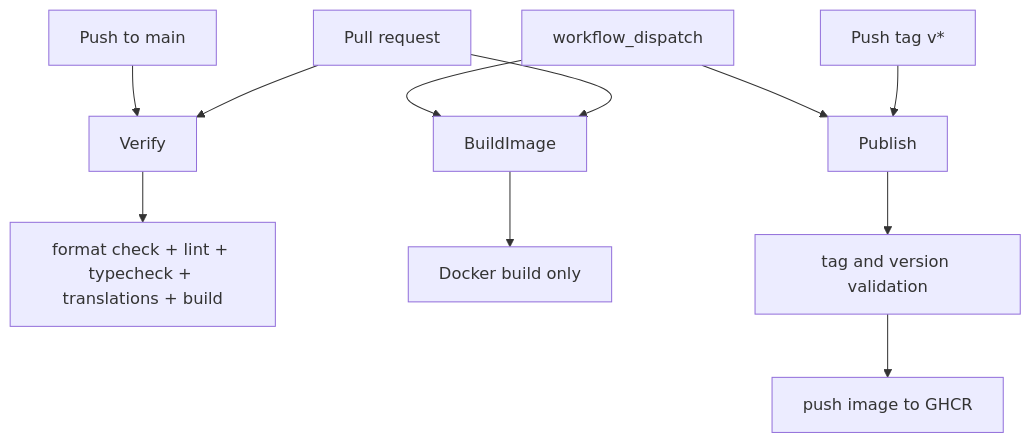
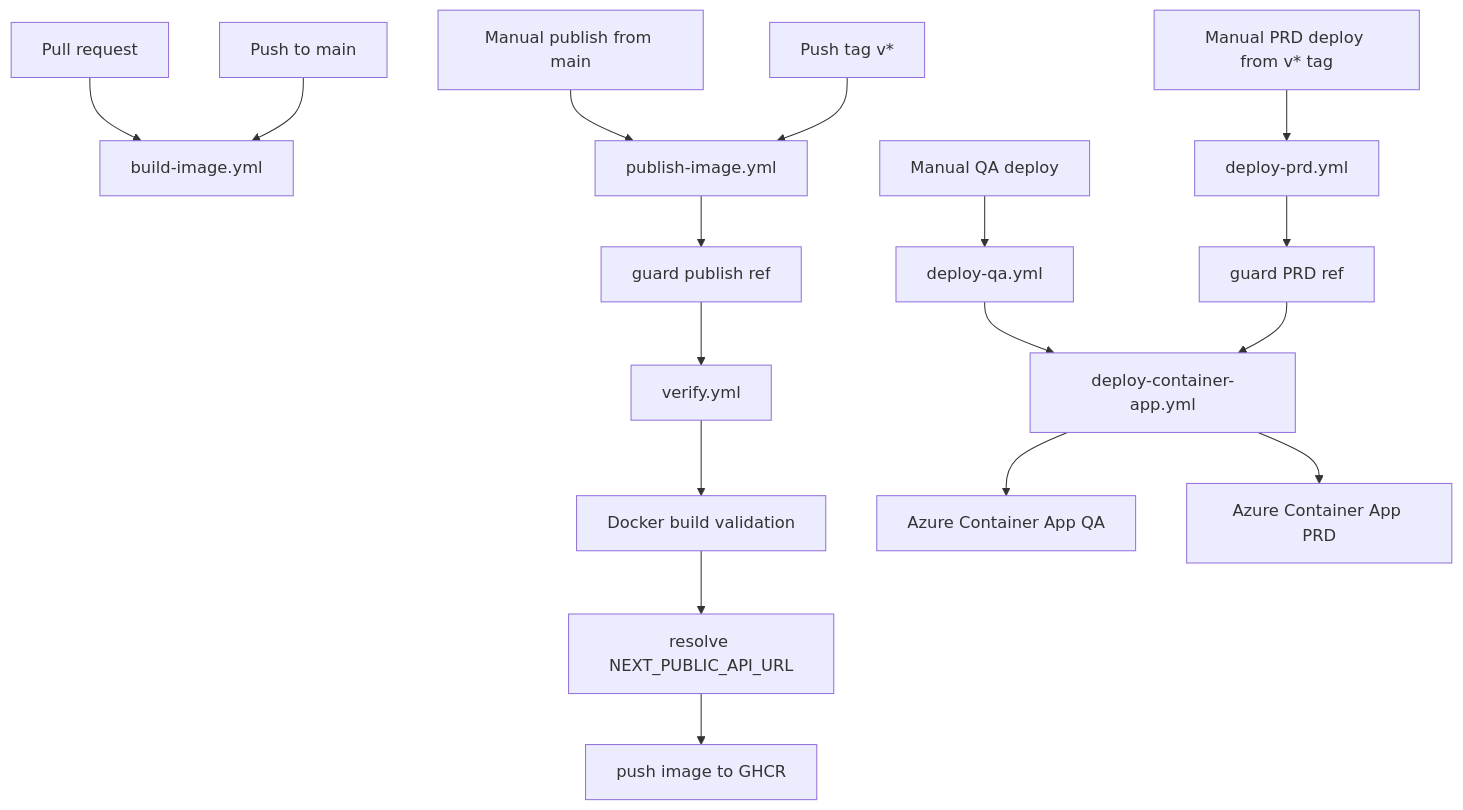
Before and after one commit to Plataforma-Universidade-Gratuita/pug-docs: the first of 3 diagrams in pug-web-admin/CICD.md, drawn with Mermaid. The commit also changed other lines of this file and 2 other files, not shown here.

````diff
--- a/pug-web-admin/CICD.md
+++ b/pug-web-admin/CICD.md
@@ -15,14 +20,22 @@
 ```mermaid
 flowchart TD
-    PR[Pull request] --> Verify
-    PR --> BuildImage
-    Main[Push to main] --> Verify
-    Tag[Push tag v*] --> Publish
-    Manual[workflow_dispatch] --> BuildImage
-    Manual --> Publish
+    PR[Pull request] --> BuildImage[build-image.yml]
+    MainPush[Push to main] --> BuildImage
+    ManualPublish[Manual publish from main] --> Publish[publish-image.yml]
+    TagPush[Push tag v*] --> Publish
 
-    Verify --> Checks[format check + lint + typecheck + translations + build]
-    BuildImage --> DockerBuild[Docker build only]
-    Publish --> TagGuard[tag and version validation]
-    TagGuard --> GHCR[push image to GHCR]
+    Publish --> GuardPublish[guard publish ref]
+    GuardPublish --> Verify[verify.yml]
+    Verify --> BuildValidation[Docker build validation]
+    BuildValidation --> ResolveApiUrl[resolve NEXT_PUBLIC_API_URL]
+    ResolveApiUrl --> GHCR[push image to GHCR]
+
+    ManualQA[Manual QA deploy] --> DeployQA[deploy-qa.yml]
+    DeployQA --> DeployShared[deploy-container-app.yml]
+    DeployShared --> AzureQA[Azure Container App QA]
+
+    ManualPRD[Manual PRD deploy from v* tag] --> DeployPRD[deploy-prd.yml]
+    DeployPRD --> GuardPRD[guard PRD ref]
+    GuardPRD --> DeployShared
+    DeployShared --> AzurePRD[Azure Container App PRD]
 ```
````
